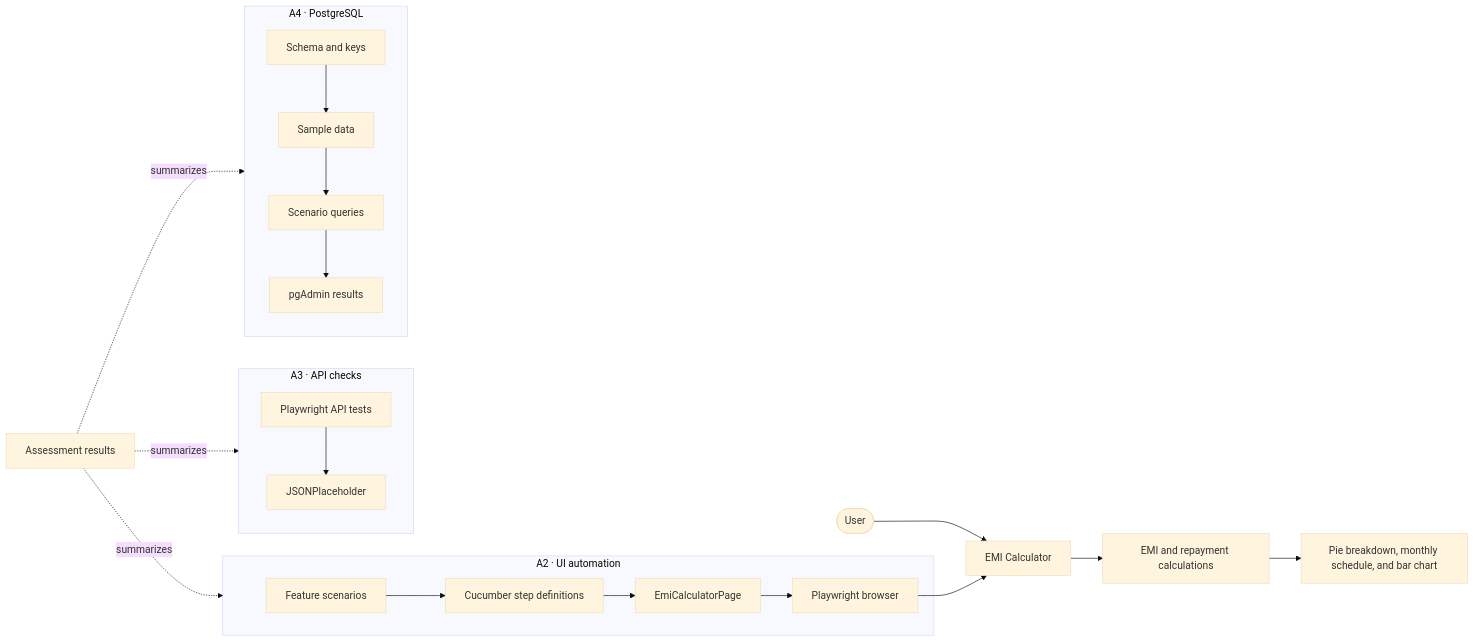
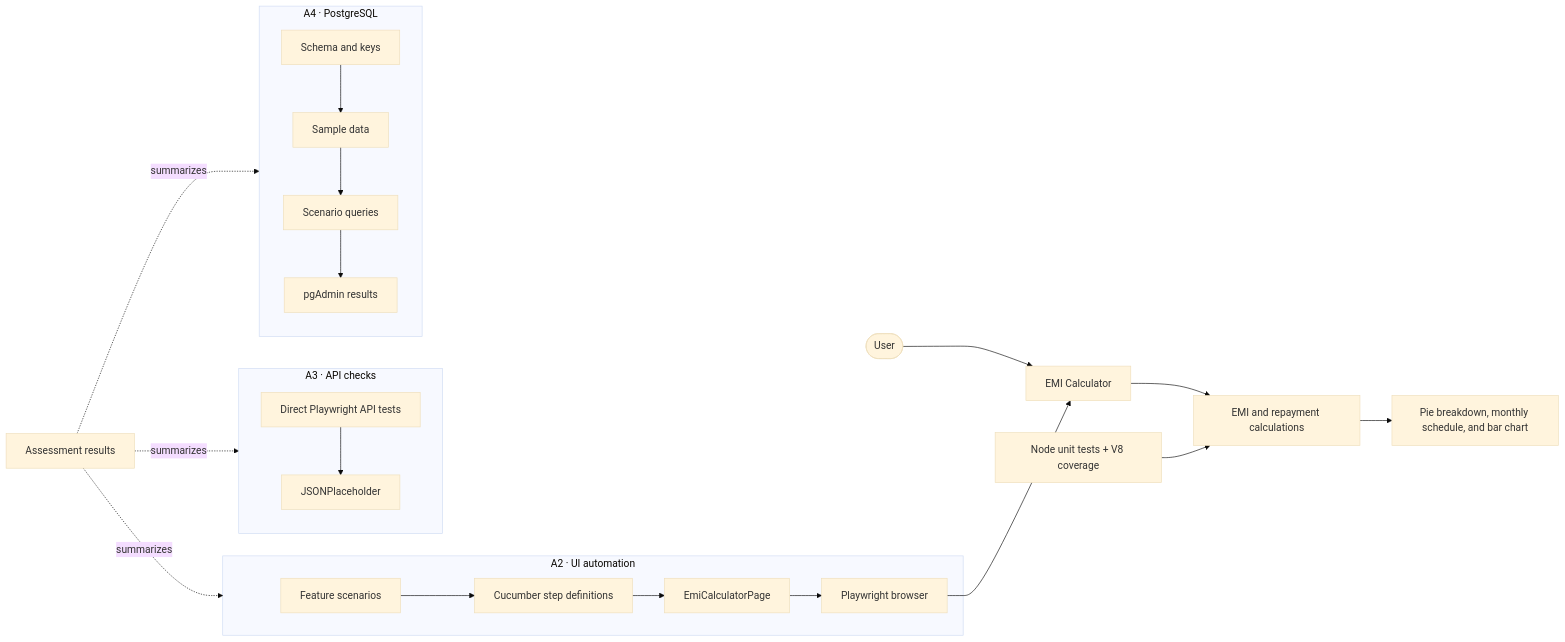
Before and after one commit to ujjwalsingh1704/Emi-Calculator-Playwright: the diagram in README.md, drawn with Mermaid (base theme). The commit also changed other lines of this file and 21 other files, not shown here.

````diff
--- a/README.md
+++ b/README.md
@@ -7,27 +7,29 @@
 ```mermaid
 flowchart LR
     User([User]) --> App[EMI Calculator]
     App --> Calc[EMI and repayment calculations]
     Calc --> Charts[Pie breakdown, monthly schedule, and bar chart]
+
+    UnitTests[Node unit tests + V8 coverage] --> Calc
 
     subgraph UI["A2 · UI automation"]
         Feature[Feature scenarios] --> Steps[Cucumber step definitions]
         Steps --> PageObject[EmiCalculatorPage]
         PageObject --> Browser[Playwright browser]
     end
     Browser --> App
 
     subgraph API["A3 · API checks"]
-        ApiTest[Playwright API tests] --> Mock[JSONPlaceholder]
+        ApiTest[Direct Playwright API tests] --> Mock[JSONPlaceholder]
     end
 
     subgraph SQL["A4 · PostgreSQL"]
         Schema[Schema and keys] --> Fixture[Sample data]
         Fixture --> Queries[Scenario queries]
         Queries --> Evidence[pgAdmin results]
     end
 
     Results[Assessment results] -. summarizes .-> UI
     Results -. summarizes .-> API
     Results -. summarizes .-> SQL
 ```
````
